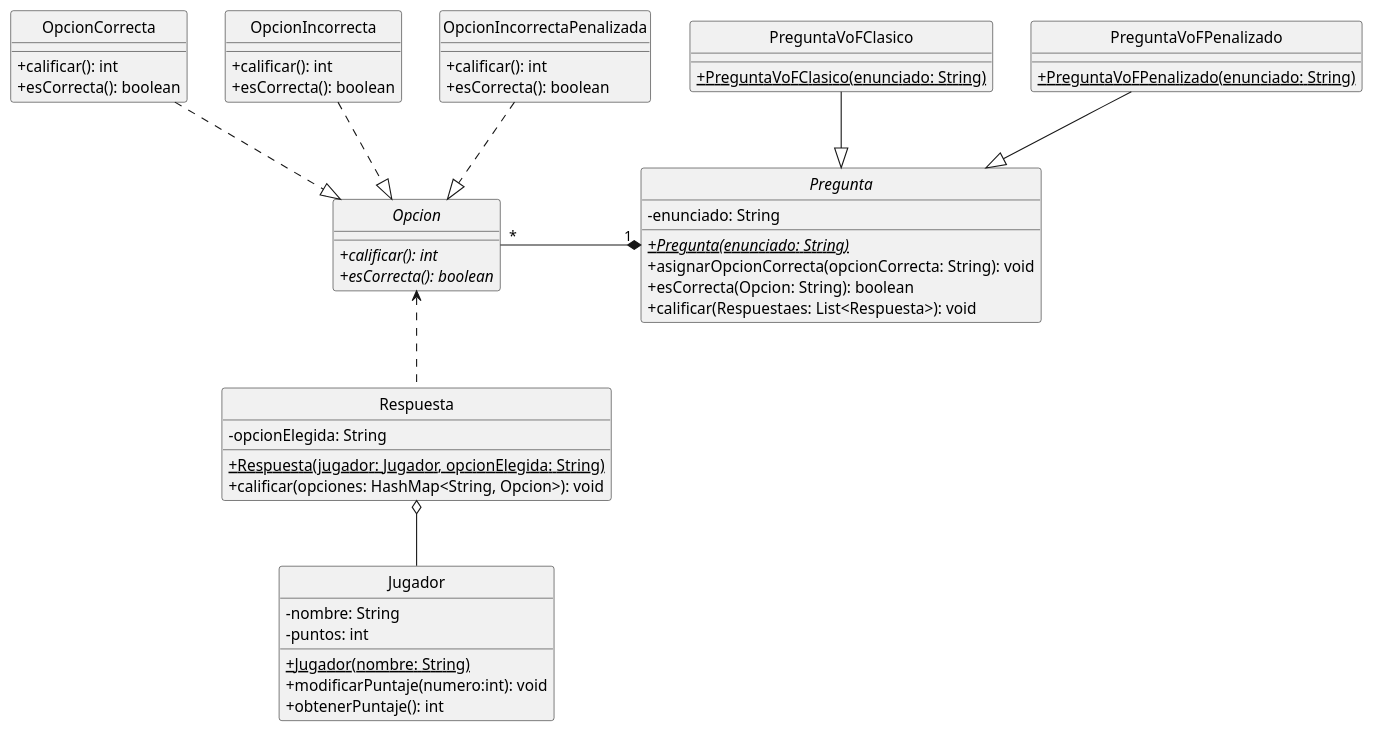
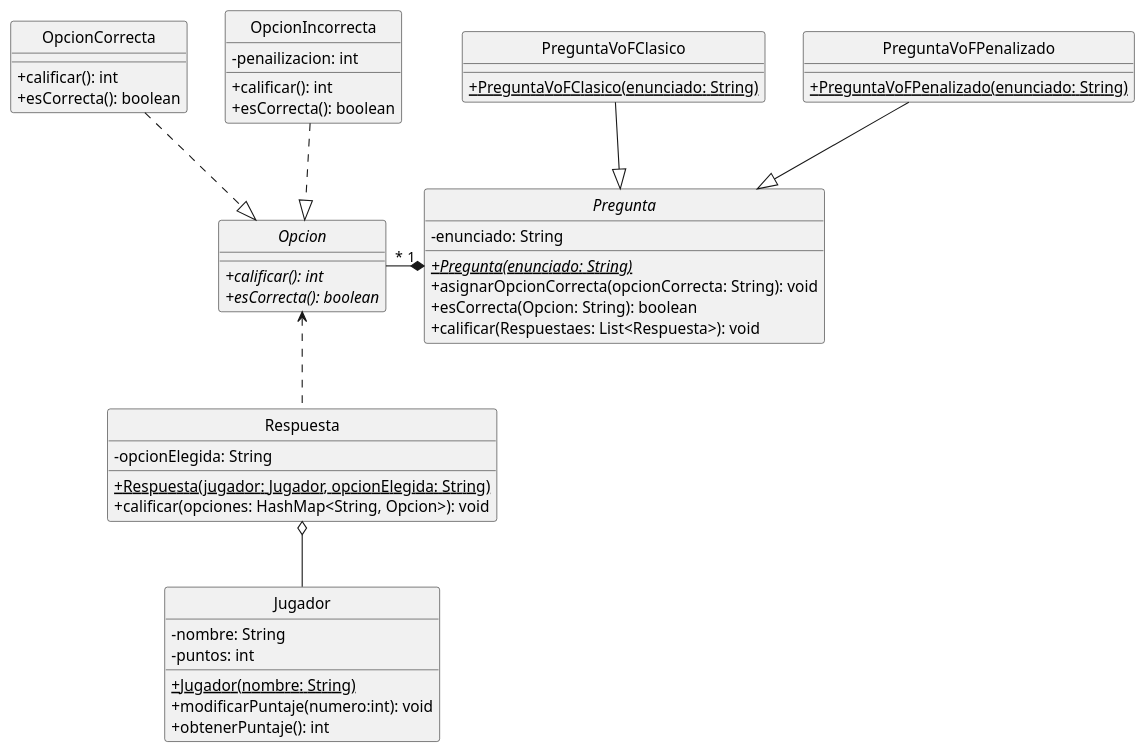
The diagram in src/main/java/edu/fiuba/algo3/modelo/diagramas/DiagramaDeClases.puml (AmayaSantos/TP2-1), drawn with PlantUML before and after one commit. The commit also changed 13 other files, not shown here.

Commit message:
Quitando opcionIncorrectaPenalizada

```diff
--- a/src/main/java/edu/fiuba/algo3/modelo/diagramas/DiagramaDeClases.puml
+++ b/src/main/java/edu/fiuba/algo3/modelo/diagramas/DiagramaDeClases.puml
@@ -1,66 +1,61 @@
 @startuml
 hide circle
 skinparam classAttributeIconSize 0
 
 'Clases
 Interface Opcion{
     +{abstract}calificar(): int
     +{abstract}esCorrecta(): boolean
 }
 
 Class OpcionCorrecta{
     +calificar(): int
     +esCorrecta(): boolean
 }
 
 Class OpcionIncorrecta{
-    +calificar(): int
-    +esCorrecta(): boolean
-}
-
-Class OpcionIncorrectaPenalizada{
+    -penailizacion: int
     +calificar(): int
     +esCorrecta(): boolean
 }
 
 Abstract Class Pregunta{
     -enunciado: String
     +{abstract}{static}Pregunta(enunciado: String)
     +asignarOpcionCorrecta(opcionCorrecta: String): void
     +esCorrecta(Opcion: String): boolean
     +calificar(Respuestaes: List<Respuesta>): void
 }
 
 Class PreguntaVoFClasico{
    +{static}PreguntaVoFClasico(enunciado: String)
 }
 
 Class PreguntaVoFPenalizado{
    +{static}PreguntaVoFPenalizado(enunciado: String)
 }
 
 Class Respuesta{
     -opcionElegida: String
     +{static}Respuesta(jugador: Jugador, opcionElegida: String)
     +calificar(opciones: HashMap<String, Opcion>): void
 }
 
 Class Jugador{
     -nombre: String
     -puntos: int
     +{Static}Jugador(nombre: String)
     +modificarPuntaje(numero:int): void
     +obtenerPuntaje(): int
 }
 
 'Relaciones
 OpcionIncorrecta ..|> Opcion
-OpcionIncorrectaPenalizada ..|> Opcion
 OpcionCorrecta ..|> Opcion
 PreguntaVoFPenalizado --|> Pregunta
 PreguntaVoFClasico --|> Pregunta
 Respuesta o-- Jugador
 Pregunta "1" *-left- "*" Opcion
 Respuesta .up.> Opcion
 
 @enduml
```
